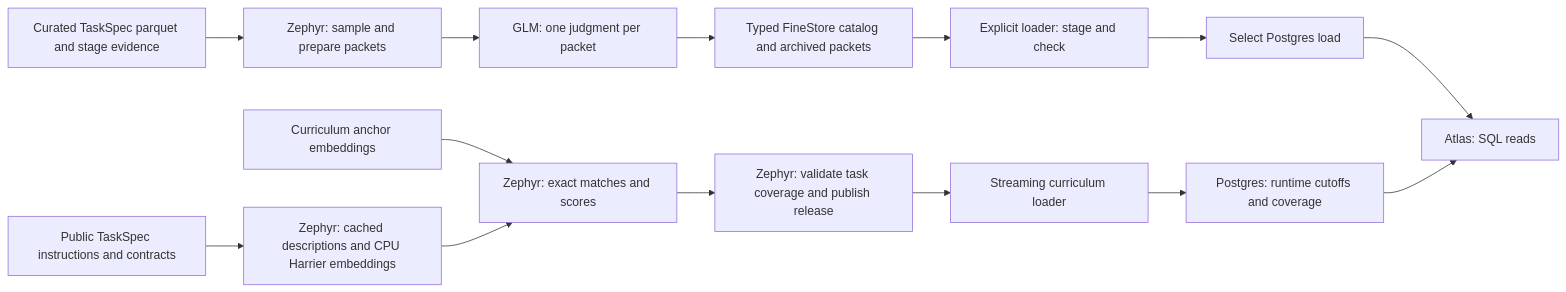
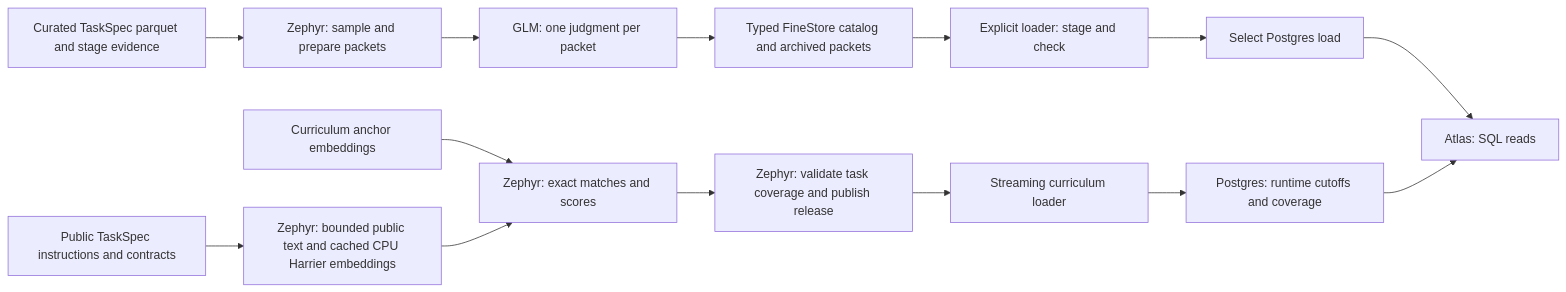
The diagram in docs/references/rl-data-atlas.md (marin-community/marin), drawn with Mermaid before and after one commit. The commit also changed other lines of this file and 3 other files, not shown here.

First line of the commit message:
[atlas] Keep instruction text readable in task views

````diff
--- a/docs/references/rl-data-atlas.md
+++ b/docs/references/rl-data-atlas.md
@@ -17,16 +17,16 @@
 ```mermaid
 flowchart LR
   C[Curated TaskSpec parquet and stage evidence] --> P[Zephyr: sample and prepare packets]
   P --> G[GLM: one judgment per packet]
   G --> K[Typed FineStore catalog and archived packets]
   K --> L[Explicit loader: stage and check]
   L --> D[Select Postgres load]
   D --> A[Atlas: SQL reads]
-  T[Public TaskSpec instructions and contracts] --> E[Zephyr: cached descriptions and CPU Harrier embeddings]
+  T[Public TaskSpec instructions and contracts] --> E[Zephyr: bounded public text and cached CPU Harrier embeddings]
   H[Curriculum anchor embeddings] --> M[Zephyr: exact matches and scores]
   E --> M
   M --> R[Zephyr: validate task coverage and publish release]
   R --> CL[Streaming curriculum loader]
   CL --> CA[Postgres: runtime cutoffs and coverage]
   CA --> A
 ```
````
